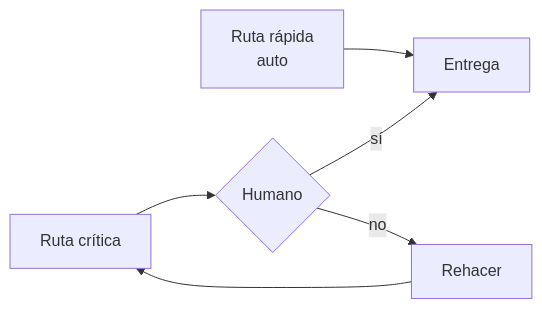
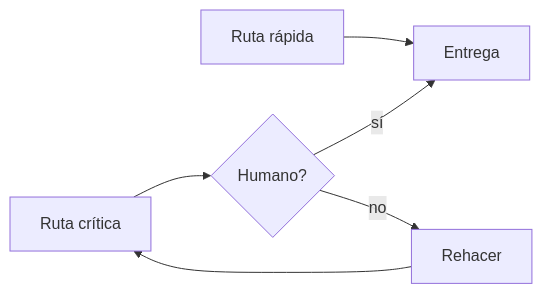
The fifth of 5 diagrams in README.md (SERGIOIVORRA/Manual-Software-Factory-ES), drawn with Mermaid before and after one commit. The commit also changed other lines of this file and 4 other files, not shown here.

Commit message:
Put animated diagrams in the README itself

````diff
--- a/README.md
+++ b/README.md
@@ -70,8 +66,8 @@
 ```mermaid
 flowchart LR
-  Auto[Ruta rápida\nauto] --> OK[Entrega]
-  Crit[Ruta crítica] --> H{Humano}
+  Auto[Ruta rápida] --> OK[Entrega]
+  Crit[Ruta crítica] --> H{Humano?}
   H -->|sí| OK
   H -->|no| Fix[Rehacer]
   Fix --> Crit
 ```
````
